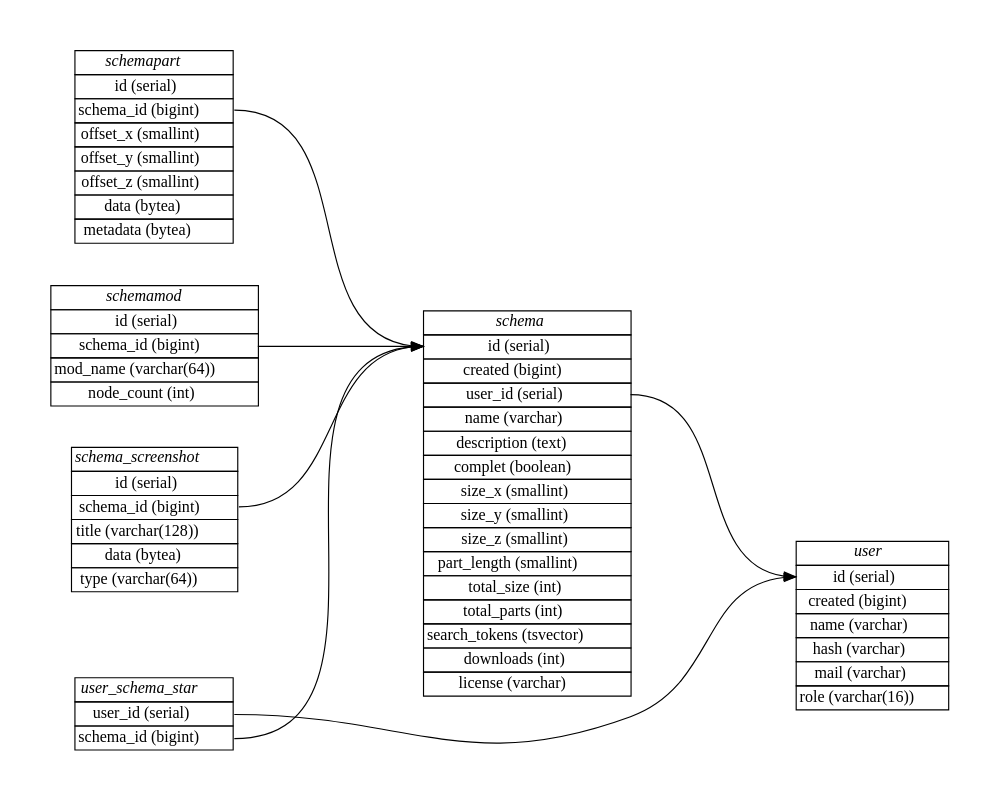
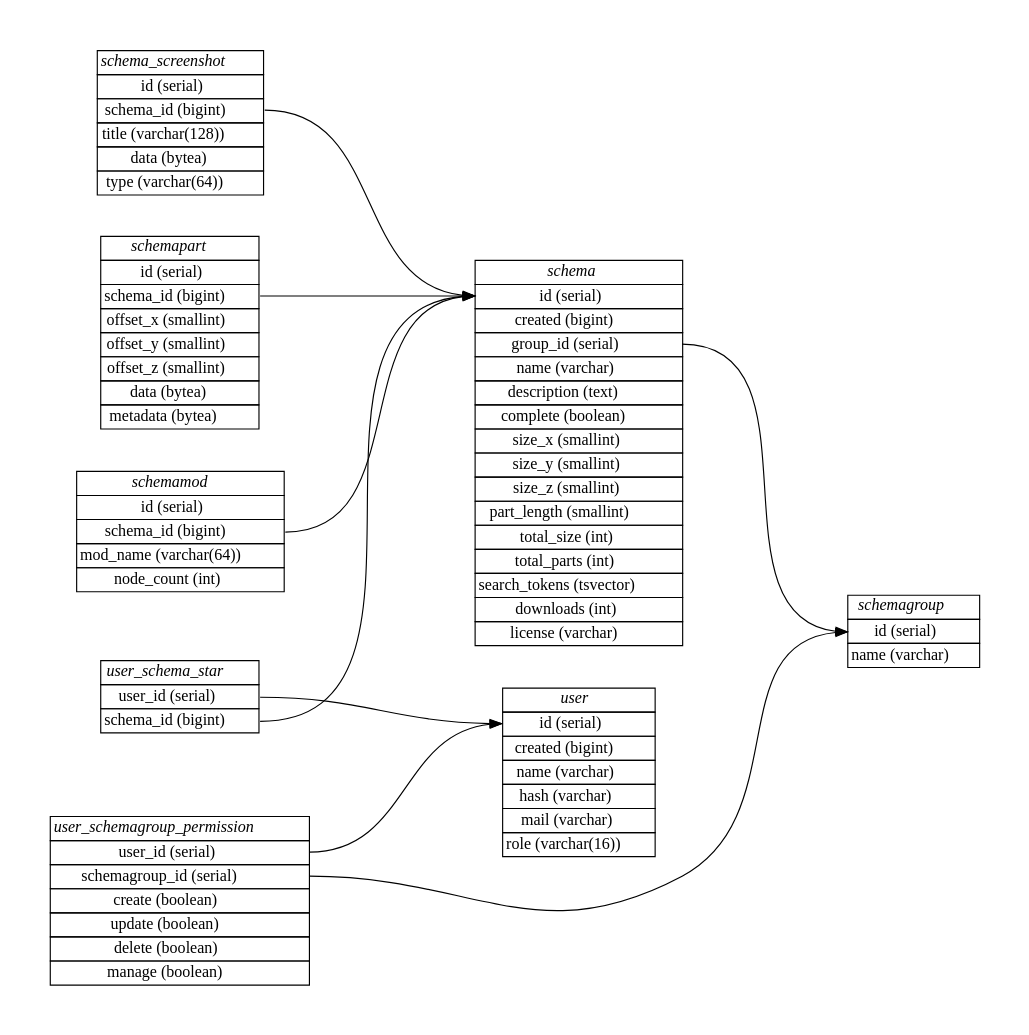
Before and after one commit to blockexchange/blockexchange_server: the diagram in doc/database.dot, drawn with Graphviz. The commit also changed 14 other files, not shown here.

Commit message:
db rewrite with schema-groups and permissions

```diff
--- a/doc/database.dot
+++ b/doc/database.dot
@@ -1,82 +1,108 @@
 digraph {
     graph [pad="0.5", nodesep="0.5", ranksep="2"];
     node [shape=plain]
     rankdir=LR;
 
 user [label=<
 <table border="0" cellborder="1" cellspacing="0">
   <tr><td><i>user</i></td></tr>
-  <tr><td port="1">id (serial)</td></tr>
-  <tr><td port="2">created (bigint)</td></tr>
-  <tr><td port="3">name (varchar)</td></tr>
-  <tr><td port="4">hash (varchar)</td></tr>
-  <tr><td port="5">mail (varchar)</td></tr>
-  <tr><td port="5a">role (varchar(16))</td></tr>
+  <tr><td port="user_id">id (serial)</td></tr>
+  <tr><td>created (bigint)</td></tr>
+  <tr><td>name (varchar)</td></tr>
+  <tr><td>hash (varchar)</td></tr>
+  <tr><td>mail (varchar)</td></tr>
+  <tr><td>role (varchar(16))</td></tr>
 </table>>];
 
+schemagroup [label=<
+<table border="0" cellborder="1" cellspacing="0">
+  <tr><td><i>schemagroup</i></td></tr>
+  <tr><td port="schemagroup_id">id (serial)</td></tr>
+  <tr><td>name (varchar)</td></tr>
+</table>>];
+
+
+user_schemagroup_permission [label=<
+<table border="0" cellborder="1" cellspacing="0">
+  <tr><td><i>user_schemagroup_permission</i></td></tr>
+  <tr><td port="user_schemagroup_permission_user_id">user_id (serial)</td></tr>
+  <tr><td port="user_schemagroup_permission_schemagroup_id">schemagroup_id (serial)</td></tr>
+  <tr><td>create (boolean)</td></tr>
+  <tr><td>update (boolean)</td></tr>
+  <tr><td>delete (boolean)</td></tr>
+  <tr><td>manage (boolean)</td></tr>
+</table>>];
+
+user_schemagroup_permission:user_schemagroup_permission_user_id -> user:user_id;
+user_schemagroup_permission:user_schemagroup_permission_schemagroup_id -> schemagroup:schemagroup_id;
 
 schema [label=<
 <table border="0" cellborder="1" cellspacing="0">
   <tr><td><i>schema</i></td></tr>
-  <tr><td port="6">id (serial)</td></tr>
-  <tr><td port="7">created (bigint)</td></tr>
-  <tr><td port="8">user_id (serial)</td></tr>
-  <tr><td port="9">name (varchar)</td></tr>
-  <tr><td port="10">description (text)</td></tr>
-  <tr><td port="11">complet (boolean)</td></tr>
-  <tr><td port="12">size_x (smallint)</td></tr>
-  <tr><td port="13">size_y (smallint)</td></tr>
-  <tr><td port="14">size_z (smallint)</td></tr>
-  <tr><td port="15">part_length (smallint)</td></tr>
-  <tr><td port="16">total_size (int)</td></tr>
-  <tr><td port="17">total_parts (int)</td></tr>
-  <tr><td port="18">search_tokens (tsvector)</td></tr>
-  <tr><td port="19">downloads (int)</td></tr>
-  <tr><td port="20">license (varchar)</td></tr>
+  <tr><td port="schema_id">id (serial)</td></tr>
+  <tr><td>created (bigint)</td></tr>
+  <tr><td port="schema_group_id">group_id (serial)</td></tr>
+  <tr><td>name (varchar)</td></tr>
+  <tr><td>description (text)</td></tr>
+  <tr><td>complete (boolean)</td></tr>
+  <tr><td>size_x (smallint)</td></tr>
+  <tr><td>size_y (smallint)</td></tr>
+  <tr><td>size_z (smallint)</td></tr>
+  <tr><td>part_length (smallint)</td></tr>
+  <tr><td>total_size (int)</td></tr>
+  <tr><td>total_parts (int)</td></tr>
+  <tr><td>search_tokens (tsvector)</td></tr>
+  <tr><td>downloads (int)</td></tr>
+  <tr><td>license (varchar)</td></tr>
 </table>>];
+
+schema:schema_group_id -> schemagroup:schemagroup_id;
 
 schemapart [label=<
 <table border="0" cellborder="1" cellspacing="0">
   <tr><td><i>schemapart</i></td></tr>
-  <tr><td port="22">id (serial)</td></tr>
-  <tr><td port="23">schema_id (bigint)</td></tr>
-  <tr><td port="24">offset_x (smallint)</td></tr>
-  <tr><td port="25">offset_y (smallint)</td></tr>
-  <tr><td port="26">offset_z (smallint)</td></tr>
-  <tr><td port="27">data (bytea)</td></tr>
-  <tr><td port="28">metadata (bytea)</td></tr>
+  <tr><td>id (serial)</td></tr>
+  <tr><td port="schemapart_schema_id">schema_id (bigint)</td></tr>
+  <tr><td>offset_x (smallint)</td></tr>
+  <tr><td>offset_y (smallint)</td></tr>
+  <tr><td>offset_z (smallint)</td></tr>
+  <tr><td>data (bytea)</td></tr>
+  <tr><td>metadata (bytea)</td></tr>
 </table>>];
+
+schemapart:schemapart_schema_id -> schema:schema_id;
 
 schemamod [label=<
 <table border="0" cellborder="1" cellspacing="0">
   <tr><td><i>schemamod</i></td></tr>
-  <tr><td port="29">id (serial)</td></tr>
-  <tr><td port="30">schema_id (bigint)</td></tr>
-  <tr><td port="31">mod_name (varchar(64))</td></tr>
-  <tr><td port="32">node_count (int)</td></tr>
+  <tr><td>id (serial)</td></tr>
+  <tr><td port="schemamod_schema_id">schema_id (bigint)</td></tr>
+  <tr><td>mod_name (varchar(64))</td></tr>
+  <tr><td>node_count (int)</td></tr>
 </table>>];
+
+schemamod:schemamod_schema_id -> schema:schema_id;
 
 user_schema_star [label=<
 <table border="0" cellborder="1" cellspacing="0">
   <tr><td><i>user_schema_star</i></td></tr>
-  <tr><td port="33">user_id (serial)</td></tr>
-  <tr><td port="34">schema_id (bigint)</td></tr>
+  <tr><td port="user_schema_star_user_id">user_id (serial)</td></tr>
+  <tr><td port="user_schema_star_schema_id">schema_id (bigint)</td></tr>
 </table>>];
+
+user_schema_star:user_schema_star_user_id -> user:user_id;
+user_schema_star:user_schema_star_schema_id -> schema:schema_id;
 
 schema_screenshot [label=<
 <table border="0" cellborder="1" cellspacing="0">
   <tr><td><i>schema_screenshot</i></td></tr>
-  <tr><td port="35">id (serial)</td></tr>
-  <tr><td port="36">schema_id (bigint)</td></tr>
-  <tr><td port="37">title (varchar(128))</td></tr>
-  <tr><td port="38">data (bytea)</td></tr>
-  <tr><td port="39">type (varchar(64))</td></tr>
+  <tr><td>id (serial)</td></tr>
+  <tr><td port="schema_screenshot_schema_id">schema_id (bigint)</td></tr>
+  <tr><td>title (varchar(128))</td></tr>
+  <tr><td>data (bytea)</td></tr>
+  <tr><td>type (varchar(64))</td></tr>
 </table>>];
 
-schema:8 -> user:1;
-schemapart:23 -> schema:6;
-schemamod:30 -> schema:6;
-user_schema_star:33 -> user:1;
-user_schema_star:34 -> schema:6;
-schema_screenshot:36 -> schema:6;
+schema_screenshot:schema_screenshot_schema_id -> schema:schema_id;
+
 }
```
